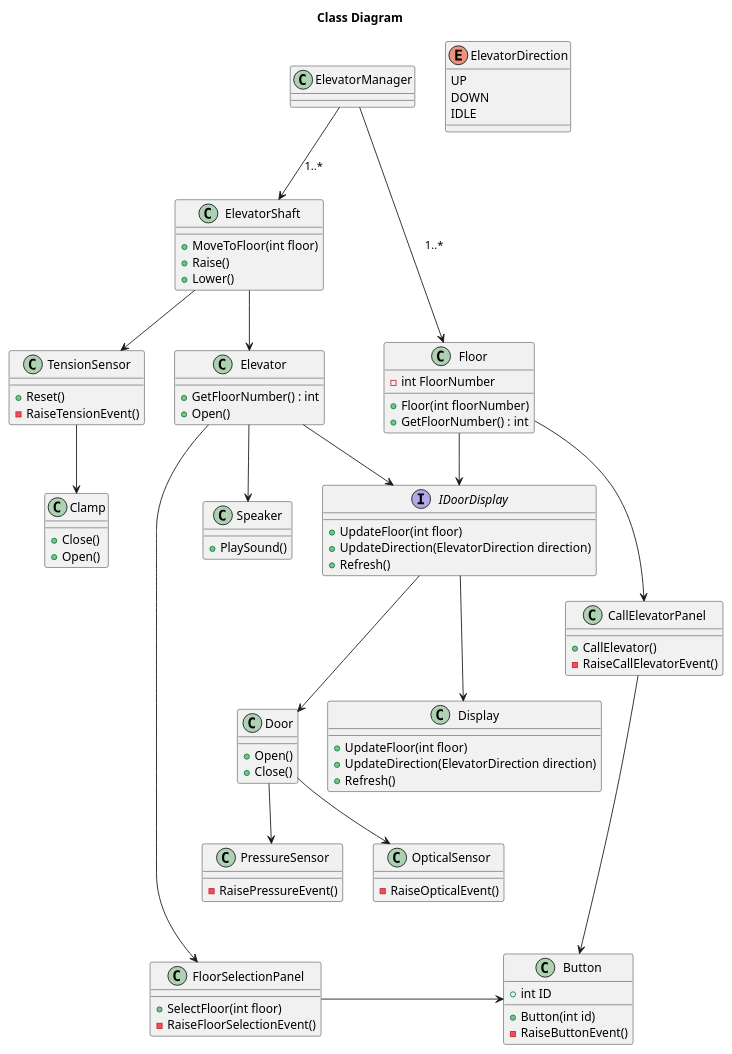
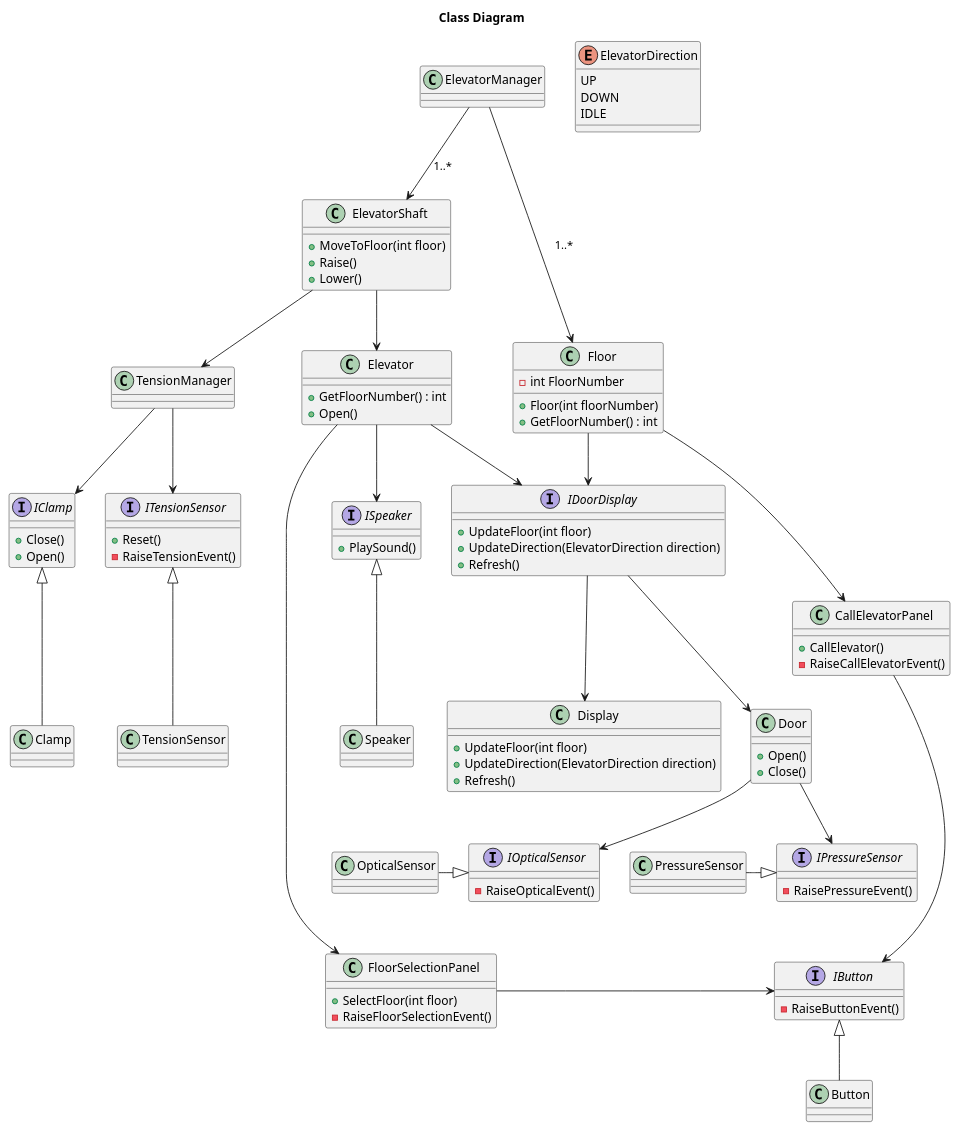
One commit to NathanThus/Technology-Semester-3 changed the second of 2 diagrams in Software Design & Algorithms/Elevator/Diagrams.puml. Above: the diagram before and after it, drawn with PlantUML.

```diff
--- a/Software Design & Algorithms/Elevator/Diagrams.puml
+++ b/Software Design & Algorithms/Elevator/Diagrams.puml
@@ -12,126 +12,139 @@
 @startuml Class Diagram
 Title Class Diagram
 
 class ElevatorManager
 {
-
 }
 
 class Elevator
 {
     {method} + GetFloorNumber() : int
     {method} + Open()
 }
 
 class ElevatorShaft
 {
     {method} + MoveToFloor(int floor)
     {method} + Raise()
     {method} + Lower()
 }
 
 class FloorSelectionPanel
 {
     {method} + SelectFloor(int floor)
     {method} - RaiseFloorSelectionEvent()
 }
 
 class CallElevatorPanel
 {
     {method} + CallElevator()
     {method} - RaiseCallElevatorEvent()
 }
 
 class Door
 {
     {method} + Open()
     {method} + Close()
 }
 
 class Display
 {
     {method} + UpdateFloor(int floor)
     {method} + UpdateDirection(ElevatorDirection direction)
     {method} + Refresh()
 }
 
 interface IDoorDisplay
 {
     {method} + UpdateFloor(int floor)
     {method} + UpdateDirection(ElevatorDirection direction)
     {method} + Refresh()
 }
 
-class TensionSensor
+class TensionManager
+{
+}
+
+interface ITensionSensor
 {
     {method} + Reset()
     {method} - RaiseTensionEvent()
 }
 
-class PressureSensor
+interface IPressureSensor
 {
     {method} - RaisePressureEvent()
 }
 
-class OpticalSensor
+interface IOpticalSensor
 {
     {method} - RaiseOpticalEvent()
 }
 
-class Button
+interface IButton
 {
-    {field} + int ID
-    {method} + Button(int id)
     {method} - RaiseButtonEvent()
 }
 
-class Clamp
+class Button
+{
+}
+
+interface IClamp
 {
     {Method} + Close()
     {Method} + Open()
 }
 
 class Floor
 {
     {field} - int FloorNumber
     {method} + Floor(int floorNumber)
     {method} + GetFloorNumber() : int
 }
 
-class Speaker
+interface ISpeaker
 {
     {Method} + PlaySound()
 }
 
 enum ElevatorDirection
 {
     UP
     DOWN
     IDLE
 }
 
 ElevatorManager --> ElevatorShaft : 1..*
 ElevatorManager --> Floor : 1..*
 
 ElevatorShaft --> Elevator
-ElevatorShaft --> TensionSensor
+ElevatorShaft --> TensionManager
 
 Floor --> CallElevatorPanel
 Floor --> IDoorDisplay
 
 Elevator --> IDoorDisplay
-Elevator --> Speaker
+Elevator --> ISpeaker
+Speaker -up-|> ISpeaker
 Elevator -----> FloorSelectionPanel
 
-FloorSelectionPanel -> Button
-CallElevatorPanel --> Button
+FloorSelectionPanel -> IButton
+CallElevatorPanel --> IButton
 
 IDoorDisplay --> Display
 IDoorDisplay --> Door
 
-Door --> PressureSensor
-Door --> OpticalSensor
+Door --> IPressureSensor
+Door --> IOpticalSensor
+OpticalSensor -|> IOpticalSensor
+PressureSensor -|> IPressureSensor
 
-TensionSensor --> Clamp
+Button -up-|>  IButton
+
+TensionManager --> IClamp
+TensionManager --> ITensionSensor
+TensionSensor -up-|> ITensionSensor
+Clamp -up-|> IClamp
 
 @enduml
```
